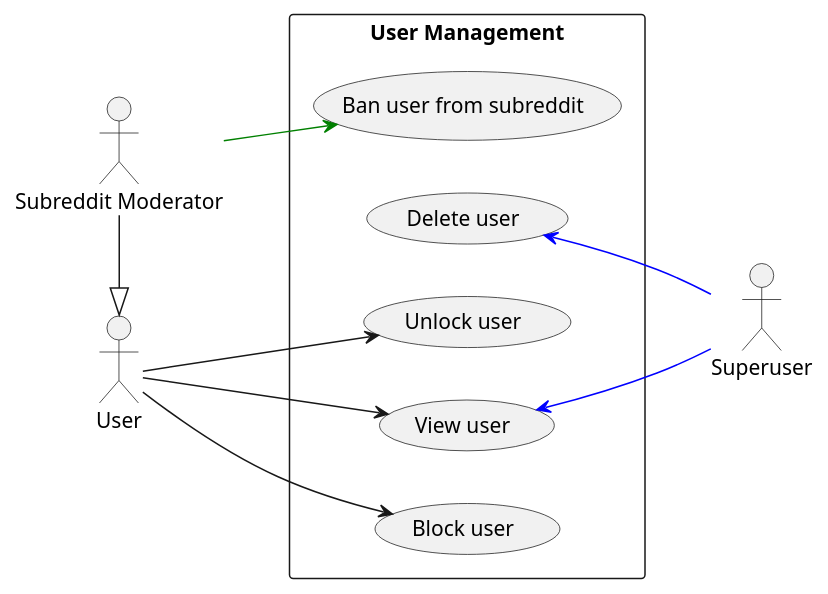
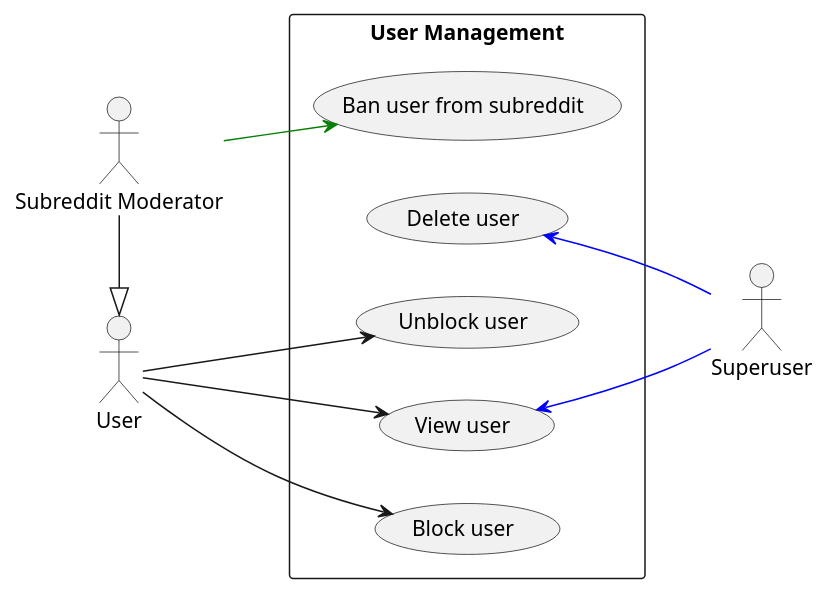
The diagram in use_case_user.puml (Huy-Ngo/reddit-design), drawn with PlantUML before and after one commit.

```diff
--- a/use_case_user.puml
+++ b/use_case_user.puml
@@ -1,24 +1,24 @@
 @startuml
 skinparam packageStyle rectangle
 left to right direction
 actor "User" as user
 actor "Subreddit Moderator" as mod
 actor "Superuser" as su
 mod -|> user
 rectangle "User Management" as user_mng {
   usecase "View user" as user_read
   usecase "Delete user" as user_delete
   usecase "Block user" as user_block
-  usecase "Unlock user" as user_unblock
+  usecase "Unblock user" as user_unblock
   usecase "Ban user from subreddit" as user_ban
 }
 user --> user_block
 user --> user_unblock
 user --> user_read
 
 mod -[#green]-> user_ban
 
 user_read   <-[#blue]- su
 user_delete <-[#blue]- su
 
 @enduml
```
